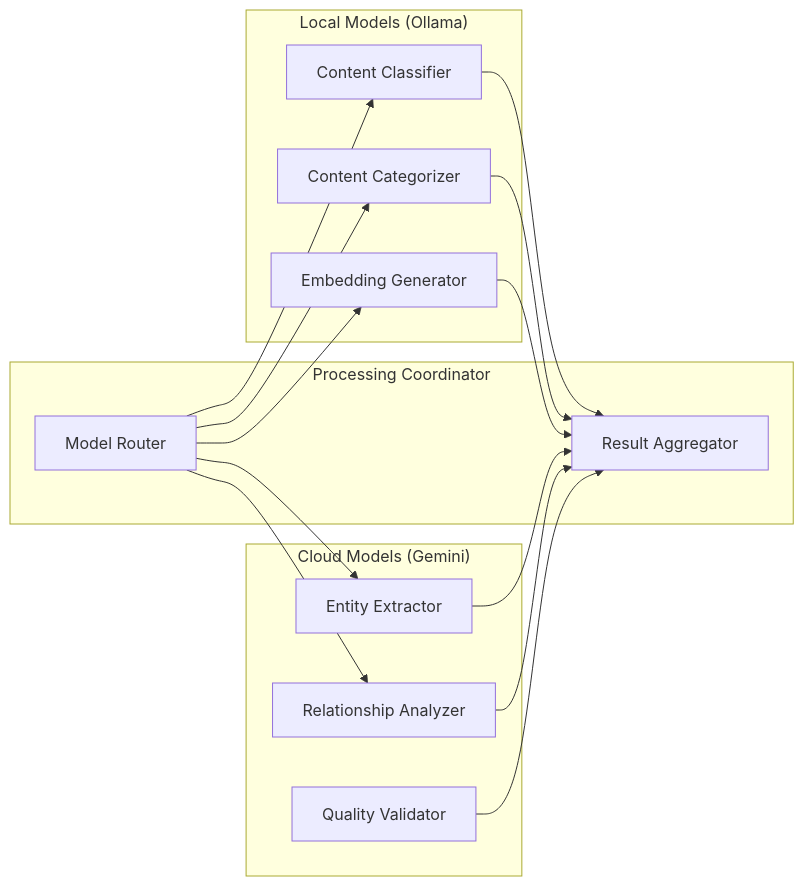
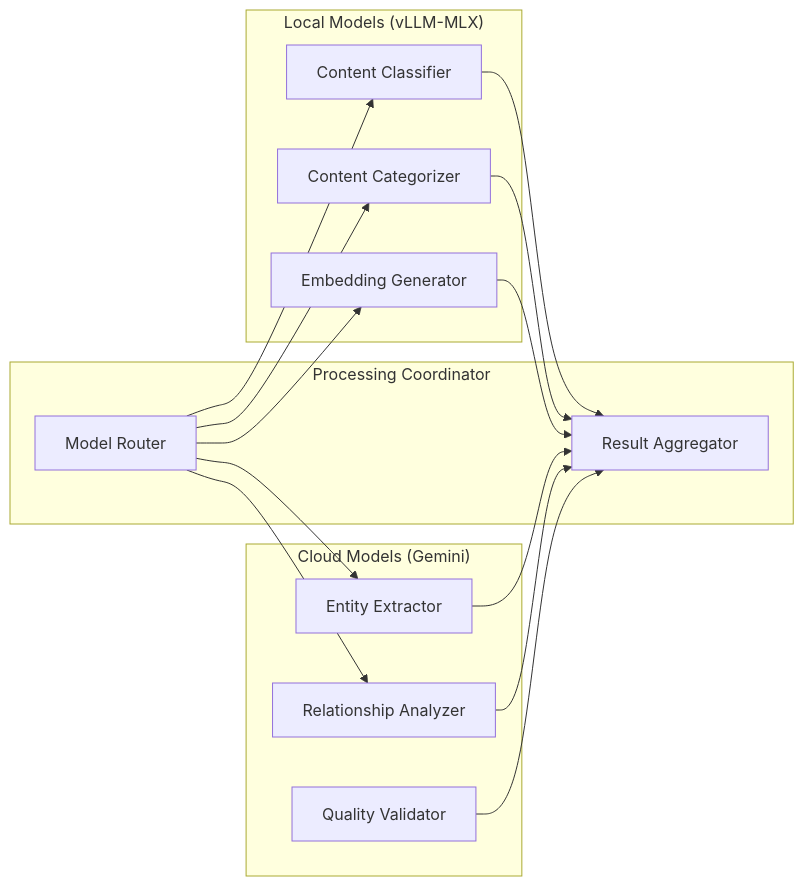
The fifth of 5 diagrams in ARCHITECTURE.md (otherjamesbrown/penfold), drawn with Mermaid before and after one commit. The commit also changed other lines of this file and 31 other files, not shown here.

````diff
--- a/ARCHITECTURE.md
+++ b/ARCHITECTURE.md
@@ -456,33 +537,33 @@
 ```mermaid
 graph LR
-    subgraph "Local Models (Ollama)"
+    subgraph "Local Models (vLLM-MLX)"
         Classifier[Content Classifier]
         Categorizer[Content Categorizer]
         Embedder[Embedding Generator]
     end
 
     subgraph "Cloud Models (Gemini)"
         Extractor[Entity Extractor]
         Analyzer[Relationship Analyzer]
         Validator[Quality Validator]
     end
 
     subgraph "Processing Coordinator"
         Router[Model Router]
         Aggregator[Result Aggregator]
     end
 
     Router --> Classifier
     Router --> Categorizer
     Router --> Embedder
     Router --> Extractor
     Router --> Analyzer
 
     Classifier --> Aggregator
     Categorizer --> Aggregator
     Embedder --> Aggregator
     Extractor --> Aggregator
     Analyzer --> Aggregator
 
     Validator --> Aggregator
 ```
````
